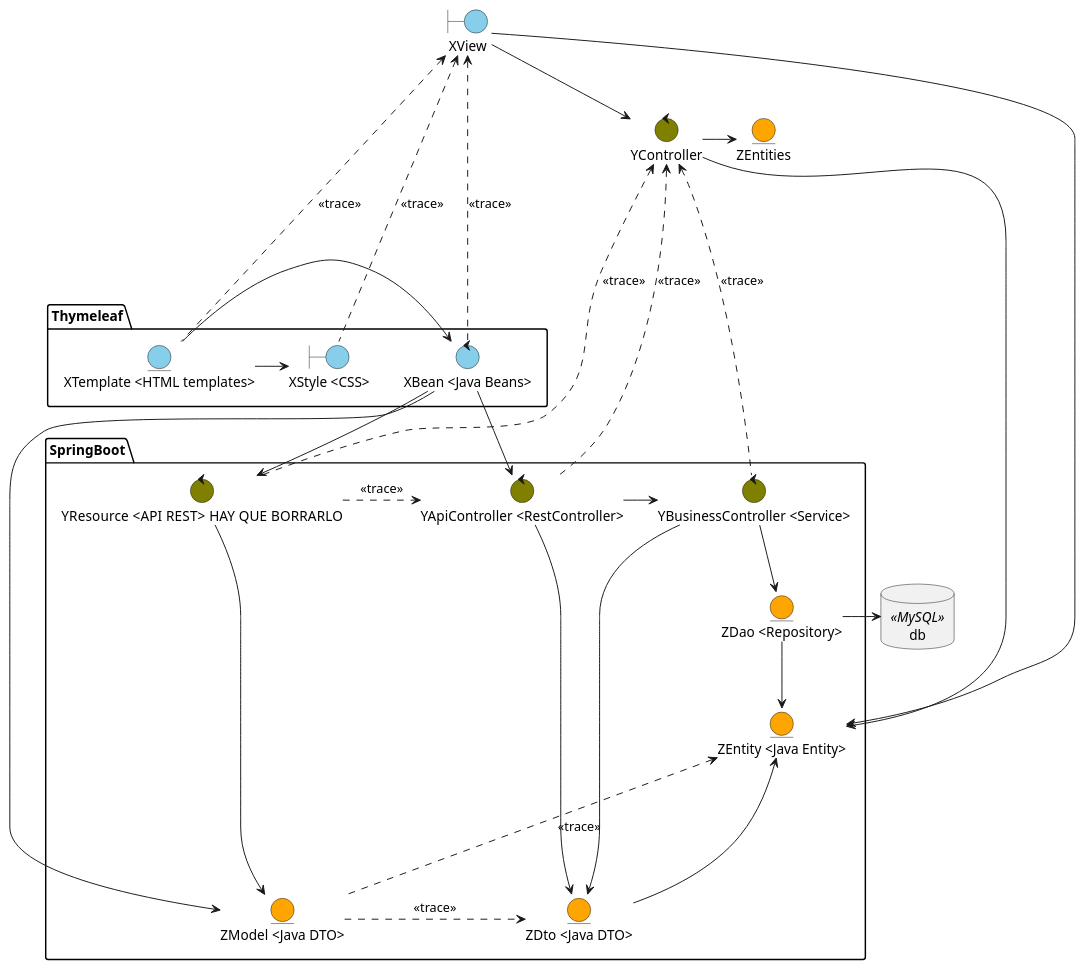
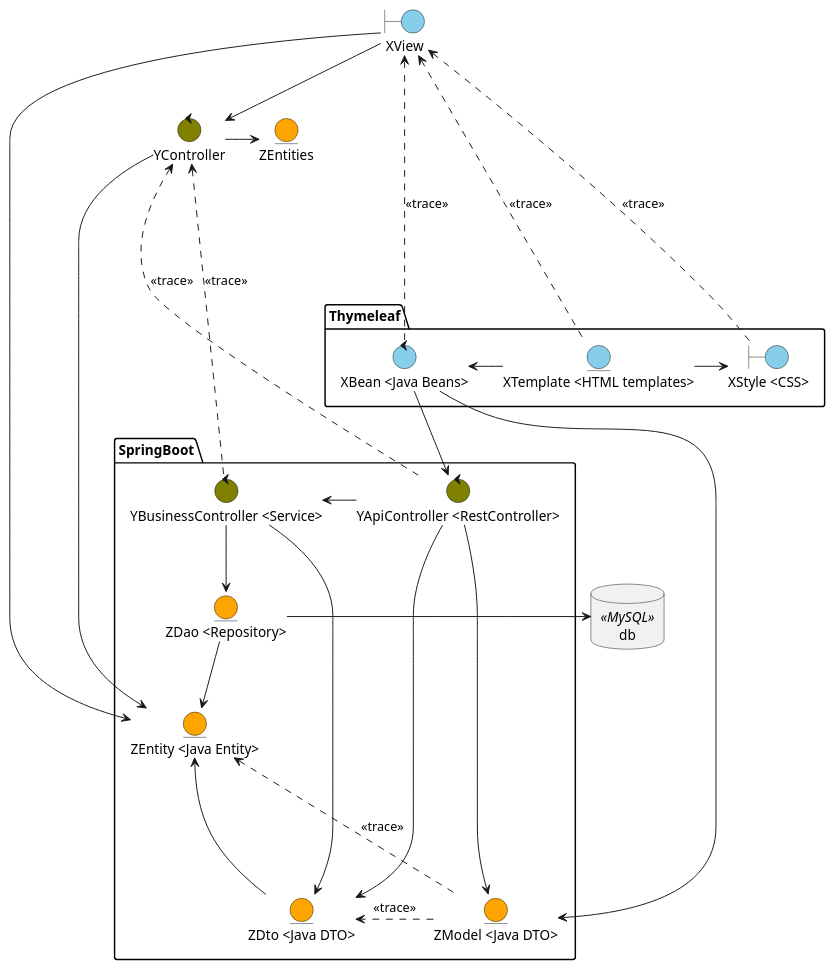
The diagram in documentation/diagrams/2_analysis/useCasesAnalysis/useCasesDesign.puml (zuldare/mastercloud_pfm_halterocms), drawn with PlantUML before and after one commit.

Commit message:
Revisión Luis

```diff
--- a/documentation/diagrams/2_analysis/useCasesAnalysis/useCasesDesign.puml
+++ b/documentation/diagrams/2_analysis/useCasesAnalysis/useCasesDesign.puml
@@ -1,76 +1,77 @@
 @startuml
 'left to right direction
 
 boundary XView #skyblue
 control YController #olive
 entity ZEntities #orange
 
 
 package Thymeleaf {
   entity "XTemplate <HTML templates>" as template #skyblue
   boundary "XStyle <CSS>" as css #skyblue
   control "XBean <Java Beans>" as javaBean #skyblue
 }
 
 package SpringBoot {
 
-  control "YResource <API REST>  HAY QUE BORRARLO" as apiRest #olive
+'  control "YResource <API REST>  HAY QUE BORRARLO" as apiRest #olive
   control "YApiController <RestController>" as apiController #olive
   control "YBusinessController <Service>" as service  #olive
 
 ' AQUI HAY QUE MODIFICAR BIEN ¿Cúal es el dto de entrada
   entity "ZModel <Java DTO>" as zModel #orange
   entity "ZDto <Java DTO>" as zDto #orange
   entity "ZDao <Repository>" as zDao #orange
   entity "ZEntity <Java Entity>" as zEntity #orange
 }
 
 database db <<MySQL>>
 ' añadirle propiedades de la base de datos pass, users, database name
 ' pintar una request de entrada e
 ' pintar una response de salida
 
 
 javaBean --> apiController
 XView --right---> YController
 YController ---right--> ZEntities
 
 zDao -right--> db
 
+apiController --> zModel
 
 css <-left- template
 template -right-> javaBean
 
 
-YController <..down.. apiRest :<<trace>>
+
 
 XView <.... template : <<trace>>
 XView <.... css : <<trace>>
 XView <.... javaBean : <<trace>>
 
-javaBean -> apiRest
+
 
 YController <.... apiController : <<trace>>
 YController <.... service : <<trace>>
 
-apiRest ..right..> apiController : <<trace>>
+'apiRest ..right..> apiController : <<trace>>
 apiController -right--> service
 
 
 
 XView -down-> zEntity
 YController -----> zEntity
 
 zModel ..up.> zEntity : <<trace>>
 zModel ..right.> zDto: <<trace>>
 'zDto ..up.> ZEntities: <<trace>>
 zEntity <-- zDto
 zDao --> zEntity
 service --> zDto
 
-apiRest --> zModel
+'apiRest --> zModel
 apiController --down-> zDto
 service --> zDao
 javaBean --> zModel
 
 @enduml
```
